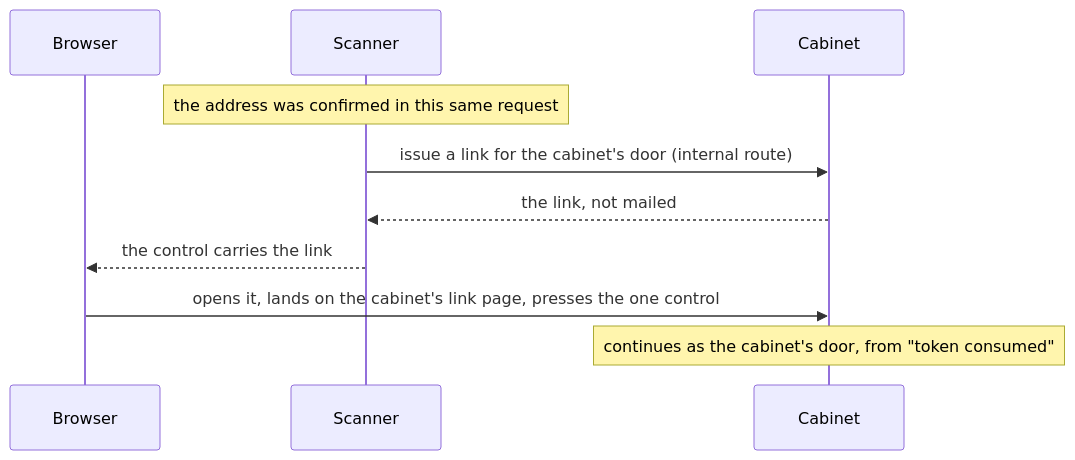
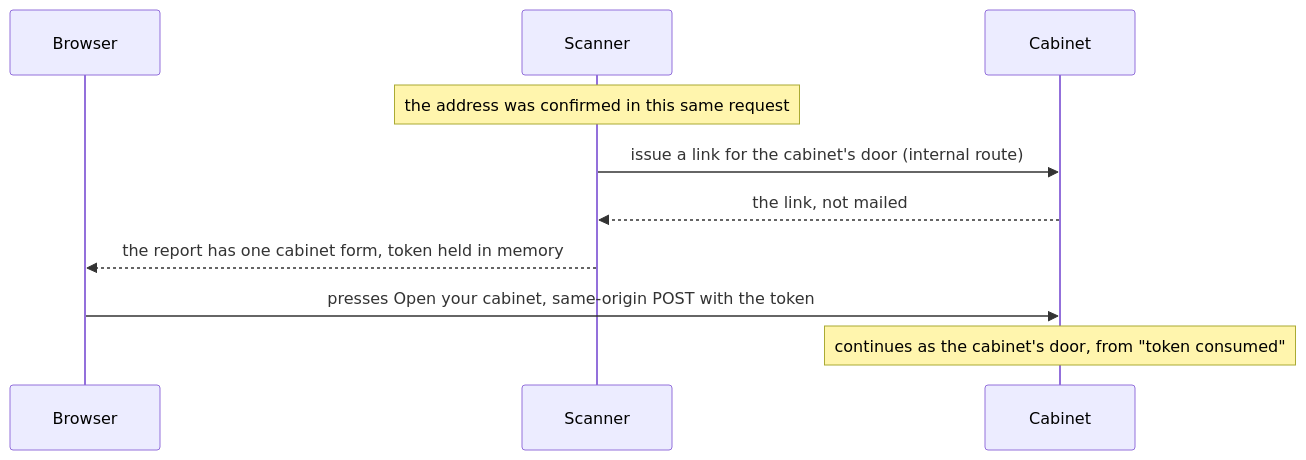
The second of 3 diagrams in docs/decisions/0026-one-way-in.md (nuanu-ai/agentify), drawn with Mermaid before and after one commit. The commit also changed other lines of this file and 4 other files, not shown here.

Commit message:
fix: open the cabinet directly after report confirmation

````diff
--- a/docs/decisions/0026-one-way-in.md
+++ b/docs/decisions/0026-one-way-in.md
@@ -113,12 +125,12 @@
 ```mermaid
 sequenceDiagram
     participant B as Browser
     participant S as Scanner
     participant C as Cabinet
     Note over S: the address was confirmed in this same request
     S->>C: issue a link for the cabinet's door (internal route)
     C-->>S: the link, not mailed
-    S-->>B: the control carries the link
-    B->>C: opens it, lands on the cabinet's link page, presses the one control
+    S-->>B: the report has one cabinet form, token held in memory
+    B->>C: presses Open your cabinet, same-origin POST with the token
     Note over C: continues as the cabinet's door, from "token consumed"
 ```
````
